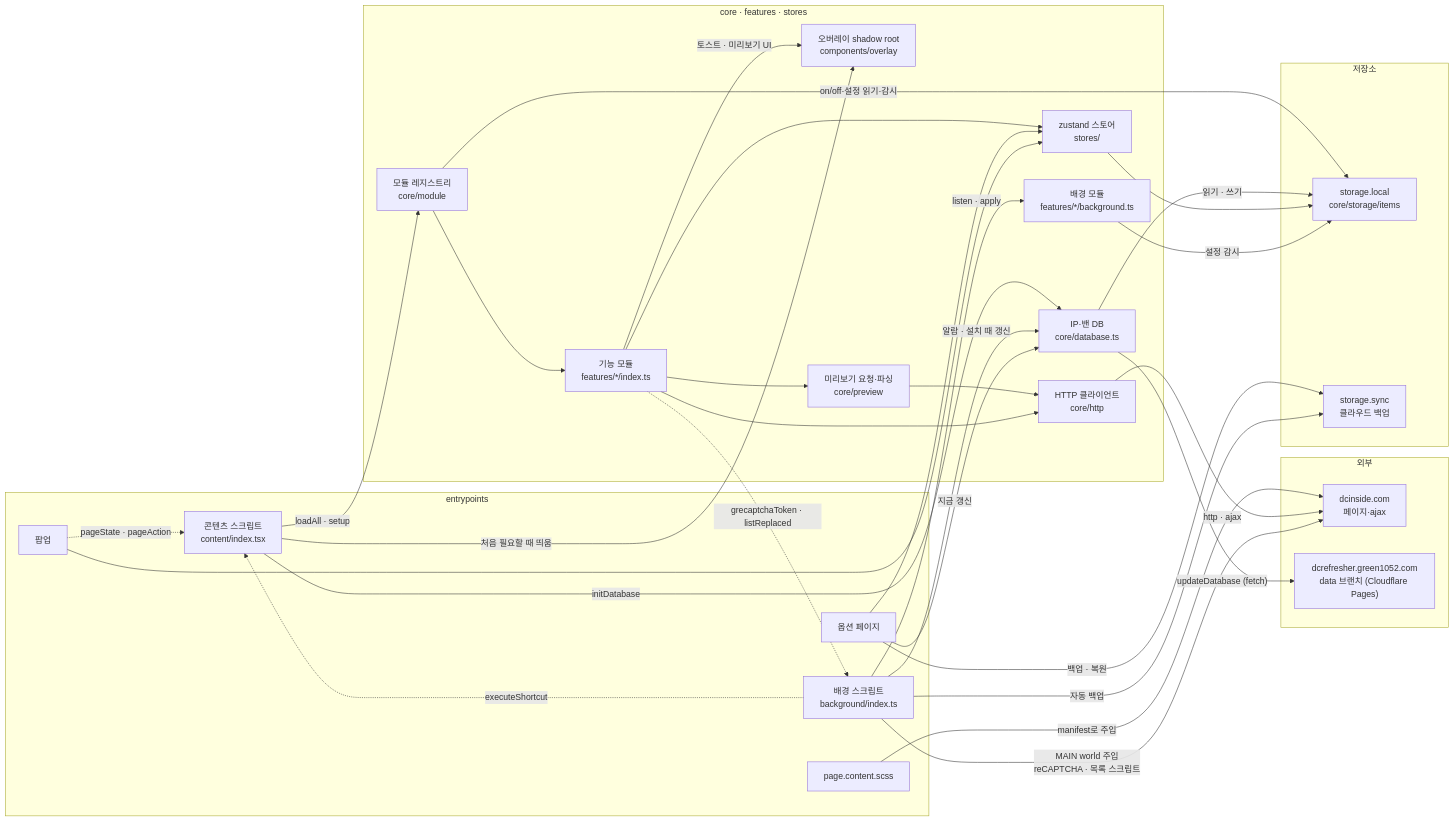
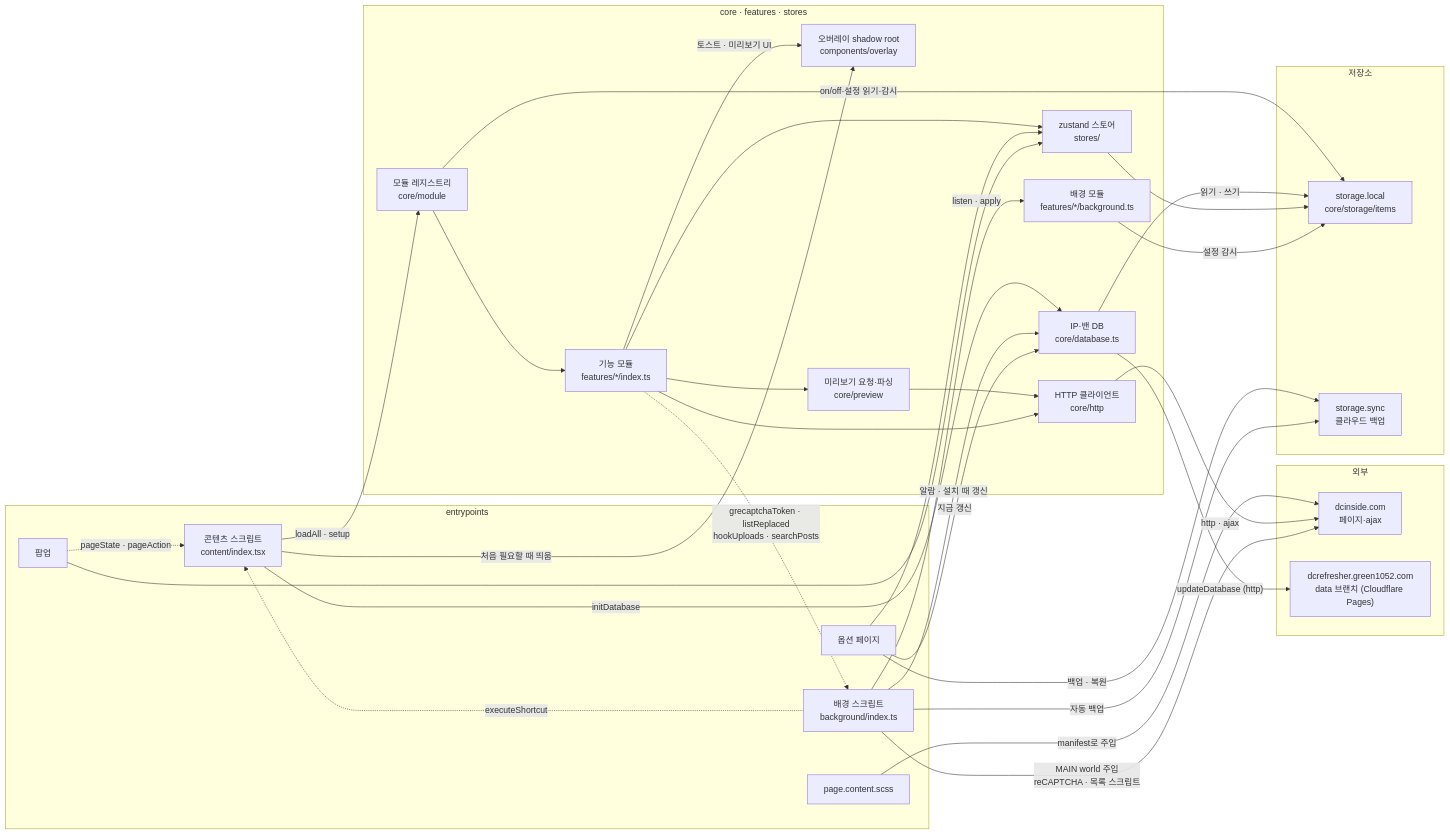
Before and after one commit to green1052/DCRefresher-Reborn: the first of 6 diagrams in docs/DEVELOPMENT.md, drawn with Mermaid. The commit also changed other lines of this file and 1 other file, not shown here.

Commit message:
docs: README and DEVELOPMENT cover the dccon info window, same-title search, the background's hookUploads and searchPosts messages, back/forward preview reloads, estimated comment pages and in-place count updates

````diff
--- a/docs/DEVELOPMENT.md
+++ b/docs/DEVELOPMENT.md
@@ -88,59 +88,59 @@
 ```mermaid
 flowchart LR
     subgraph EXT["외부"]
         DC["dcinside.com<br>페이지·ajax"]
         GH["dcrefresher.green1052.com<br>data 브랜치 (Cloudflare Pages)"]
     end
 
     subgraph ENTRY["entrypoints"]
         CS["콘텐츠 스크립트<br>content/index.tsx"]
         PCSS["page.content.scss"]
         BG["배경 스크립트<br>background/index.ts"]
         OPT["옵션 페이지"]
         POP["팝업"]
     end
 
     subgraph CORE["core · features · stores"]
         REG["모듈 레지스트리<br>core/module"]
         FEAT["기능 모듈<br>features/*/index.ts"]
         BGM["배경 모듈<br>features/*/background.ts"]
         OV["오버레이 shadow root<br>components/overlay"]
         PREV["미리보기 요청·파싱<br>core/preview"]
         HTTP["HTTP 클라이언트<br>core/http"]
         DB["IP·밴 DB<br>core/database.ts"]
         ST["zustand 스토어<br>stores/"]
     end
 
     subgraph STORE["저장소"]
         LOCAL["storage.local<br>core/storage/items"]
         SYNC["storage.sync<br>클라우드 백업"]
     end
 
     PCSS -->|"manifest로 주입"| DC
     CS -->|"loadAll · setup"| REG
     REG --> FEAT
     REG -->|"on/off·설정 읽기·감시"| LOCAL
     CS -->|"처음 필요할 때 띄움"| OV
     FEAT -->|"토스트 · 미리보기 UI"| OV
     FEAT --> PREV
     PREV --> HTTP
     FEAT --> HTTP
     HTTP -->|"http · ajax"| DC
     CS -->|"initDatabase"| DB
     BG -->|"알람 · 설치 때 갱신"| DB
     OPT -->|"지금 갱신"| DB
-    DB -->|"updateDatabase (fetch)"| GH
+    DB -->|"updateDatabase (http)"| GH
     DB -->|"읽기 · 쓰기"| LOCAL
     FEAT --> ST
     OPT --> ST
     POP --> ST
     ST --> LOCAL
     OPT -->|"백업 · 복원"| SYNC
     BG -->|"자동 백업"| SYNC
     BG -->|"listen · apply"| BGM
     BGM -->|"설정 감시"| LOCAL
     BG -->|"MAIN world 주입<br>reCAPTCHA · 목록 스크립트"| DC
     BG -.->|"executeShortcut"| CS
-    FEAT -.->|"grecaptchaToken · listReplaced"| BG
+    FEAT -.->|"grecaptchaToken · listReplaced<br>hookUploads · searchPosts"| BG
     POP -.->|"pageState · pageAction"| CS
 ```
````
